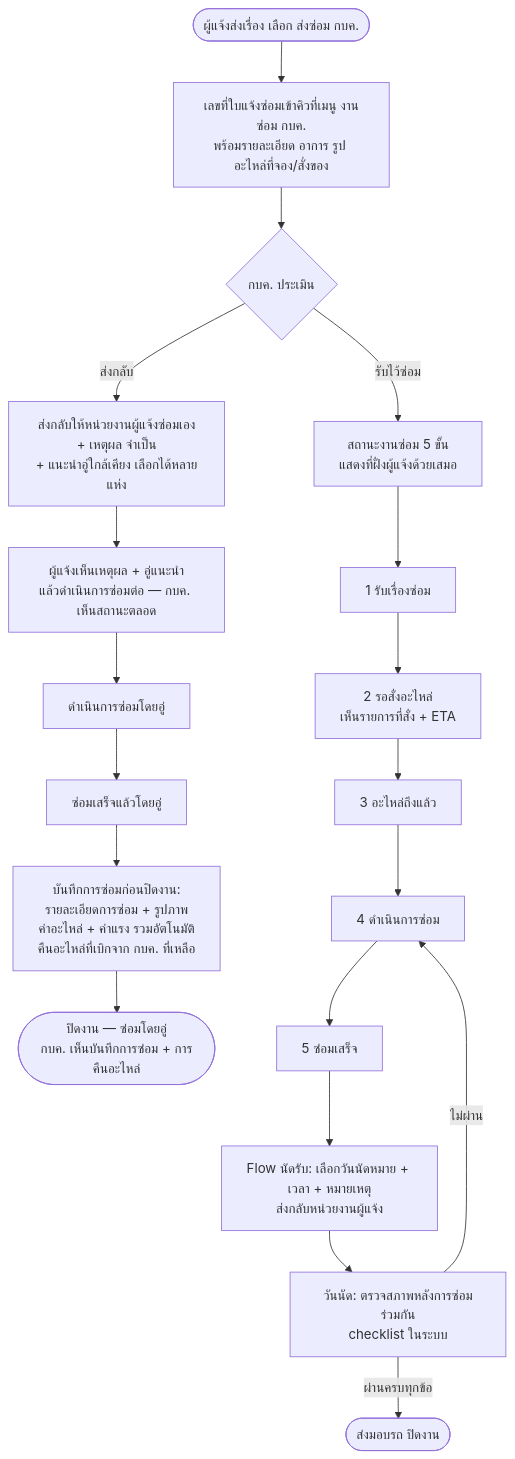
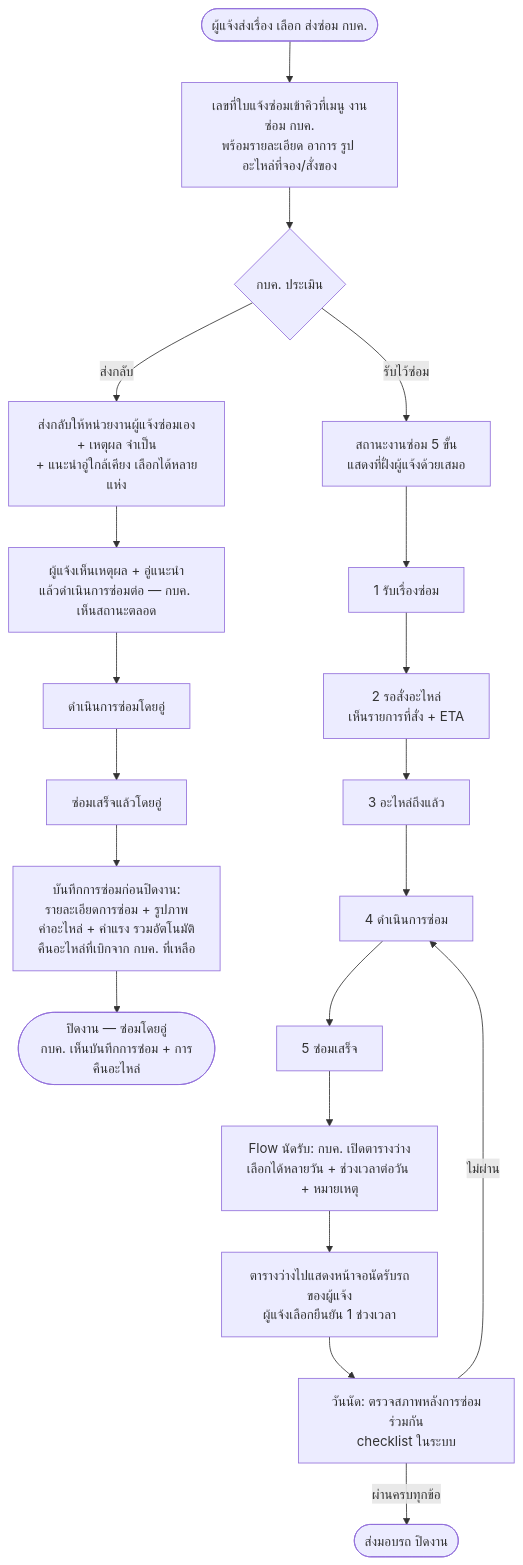
Before and after one commit to anugmail/Maintenance-Request-Form: the diagram in 03-Flow-KBK-Pickup-Inspection.md, drawn with Mermaid. The commit also changed other lines of this file and 3 other files, not shown here.

First line of the commit message:
v0.5: เมนูคลังอะไหล่ (กบค.) + นัดรับแบบตารางว่างหลายวัน/ช่วงเวลา

````diff
--- a/03-Flow-KBK-Pickup-Inspection.md
+++ b/03-Flow-KBK-Pickup-Inspection.md
@@ -8,16 +8,17 @@
 ```mermaid
 flowchart TD
     A([ผู้แจ้งส่งเรื่อง เลือก ส่งซ่อม กบค.]) --> B[เลขที่ใบแจ้งซ่อมเข้าคิวที่เมนู งานซ่อม กบค.<br/>พร้อมรายละเอียด อาการ รูป อะไหล่ที่จอง/สั่งของ]
     B --> C{กบค. ประเมิน}
     C -- ส่งกลับ --> D[ส่งกลับให้หน่วยงานผู้แจ้งซ่อมเอง<br/>+ เหตุผล จำเป็น<br/>+ แนะนำอู่ใกล้เคียง เลือกได้หลายแห่ง]
     D --> D2[ผู้แจ้งเห็นเหตุผล + อู่แนะนำ<br/>แล้วดำเนินการซ่อมต่อ — กบค. เห็นสถานะตลอด]
     D2 --> R1[ดำเนินการซ่อมโดยอู่] --> R2[ซ่อมเสร็จแล้วโดยอู่]
     R2 --> R3[บันทึกการซ่อมก่อนปิดงาน:<br/>รายละเอียดการซ่อม + รูปภาพ<br/>ค่าอะไหล่ + ค่าแรง รวมอัตโนมัติ<br/>คืนอะไหล่ที่เบิกจาก กบค. ที่เหลือ]
     R3 --> R4([ปิดงาน — ซ่อมโดยอู่<br/>กบค. เห็นบันทึกการซ่อม + การคืนอะไหล่])
     C -- รับไว้ซ่อม --> E[สถานะงานซ่อม 5 ขั้น<br/>แสดงที่ฝั่งผู้แจ้งด้วยเสมอ]
     E --> E1[1 รับเรื่องซ่อม] --> E2[2 รอสั่งอะไหล่<br/>เห็นรายการที่สั่ง + ETA] --> E3[3 อะไหล่ถึงแล้ว] --> E4[4 ดำเนินการซ่อม] --> E5[5 ซ่อมเสร็จ]
-    E5 --> F[Flow นัดรับ: เลือกวันนัดหมาย + เวลา + หมายเหตุ<br/>ส่งกลับหน่วยงานผู้แจ้ง]
-    F --> G[วันนัด: ตรวจสภาพหลังการซ่อมร่วมกัน<br/>checklist ในระบบ]
+    E5 --> F[Flow นัดรับ: กบค. เปิดตารางว่าง<br/>เลือกได้หลายวัน + ช่วงเวลาต่อวัน + หมายเหตุ]
+    F --> F2[ตารางว่างไปแสดงหน้าจอนัดรับรถของผู้แจ้ง<br/>ผู้แจ้งเลือกยืนยัน 1 ช่วงเวลา]
+    F2 --> G[วันนัด: ตรวจสภาพหลังการซ่อมร่วมกัน<br/>checklist ในระบบ]
     G -- ผ่านครบทุกข้อ --> H([ส่งมอบรถ ปิดงาน])
     G -- ไม่ผ่าน --> E4
 ```
````
